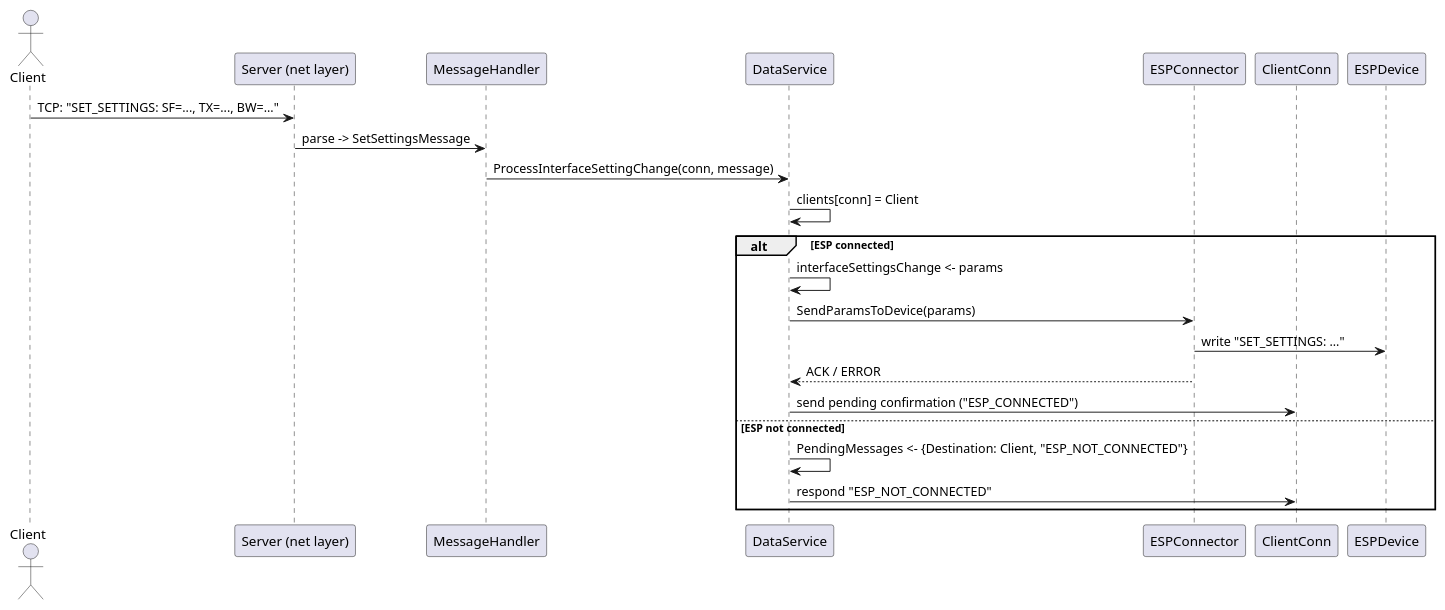
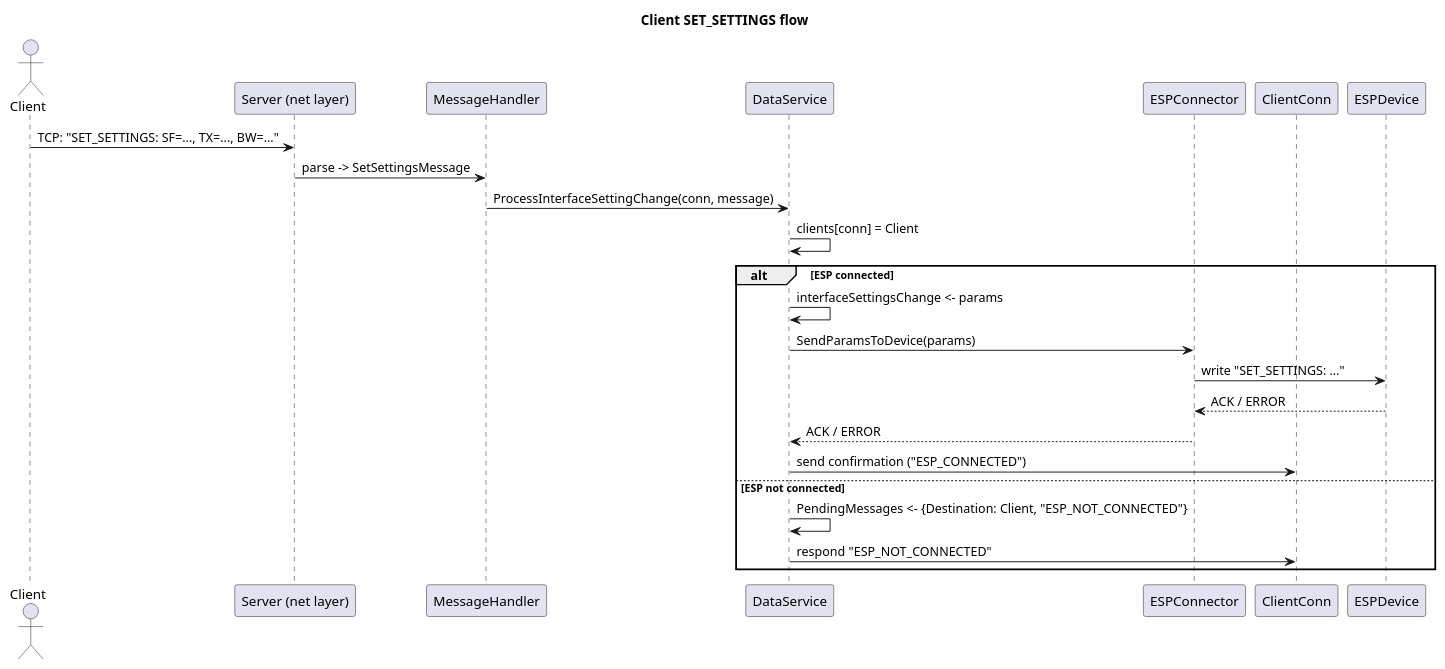
One commit to RedBlackHoodie/GsmLoraServer changed the diagram in doc/sset.puml. Above: the diagram before and after it, drawn with PlantUML. The commit also changed 2 other files, not shown here.

```diff
--- a/doc/sset.puml
+++ b/doc/sset.puml
@@ -1,23 +1,25 @@
-@startuml title Client SET_SETTINGS flow
+@startuml
+title Client SET_SETTINGS flow
 actor Client
 participant "Server (net layer)" as Server
 participant "MessageHandler" as Handler
 participant "DataService" as DataService
 participant "ESPConnector" as ESPConnector
 participant "ClientConn" as ClientConn
 
 Client -> Server: TCP: "SET_SETTINGS: SF=..., TX=..., BW=..."
 Server -> Handler: parse -> SetSettingsMessage
 Handler -> DataService: ProcessInterfaceSettingChange(conn, message)
 DataService -> DataService: clients[conn] = Client
 alt ESP connected
 DataService -> DataService: interfaceSettingsChange <- params
 DataService -> ESPConnector: SendParamsToDevice(params)
 ESPConnector -> ESPDevice: write "SET_SETTINGS: ..."
+ESPDevice --> ESPConnector: ACK / ERROR
 ESPConnector --> DataService: ACK / ERROR
-DataService -> ClientConn: send pending confirmation ("ESP_CONNECTED")
+DataService -> ClientConn: send confirmation ("ESP_CONNECTED")
 else ESP not connected
 DataService -> DataService: PendingMessages <- {Destination: Client, "ESP_NOT_CONNECTED"}
 DataService -> ClientConn: respond "ESP_NOT_CONNECTED"
 end
 @enduml
```
